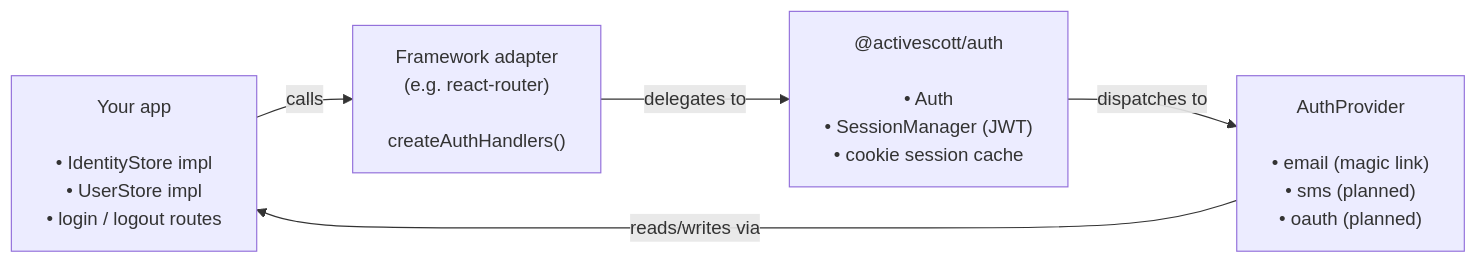
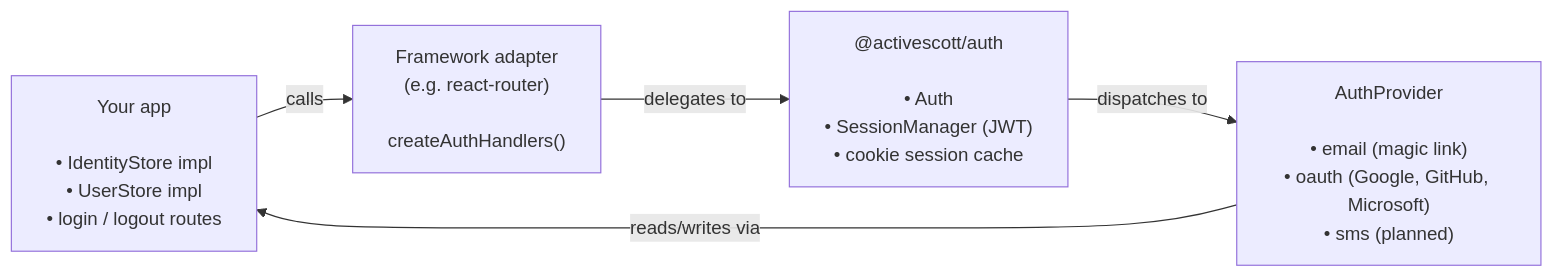
Before and after one commit to activescott/auth: the diagram in ARCHITECTURE.md, drawn with Mermaid. The commit also changed other lines of this file and 3 other files, not shown here.

First line of the commit message:
docs: update docs for auth-adapter-hono, auth-adapter-core, and MicrosoftProvider

````diff
--- a/ARCHITECTURE.md
+++ b/ARCHITECTURE.md
@@ -62,12 +88,12 @@
 ```mermaid
 flowchart LR
     app["Your app\n\n• IdentityStore impl\n• UserStore impl\n• login / logout routes"]
     adapter["Framework adapter\n(e.g. react-router)\n\ncreateAuthHandlers()"]
     core["@activescott/auth\n\n• Auth\n• SessionManager (JWT)\n• cookie session cache"]
-    providers["AuthProvider\n\n• email (magic link)\n• sms (planned)\n• oauth (planned)"]
+    providers["AuthProvider\n\n• email (magic link)\n• oauth (Google, GitHub, Microsoft)\n• sms (planned)"]
 
     app -- "calls" --> adapter
     adapter -- "delegates to" --> core
     core -- "dispatches to" --> providers
     providers -- "reads/writes via" --> app
 ```
````
